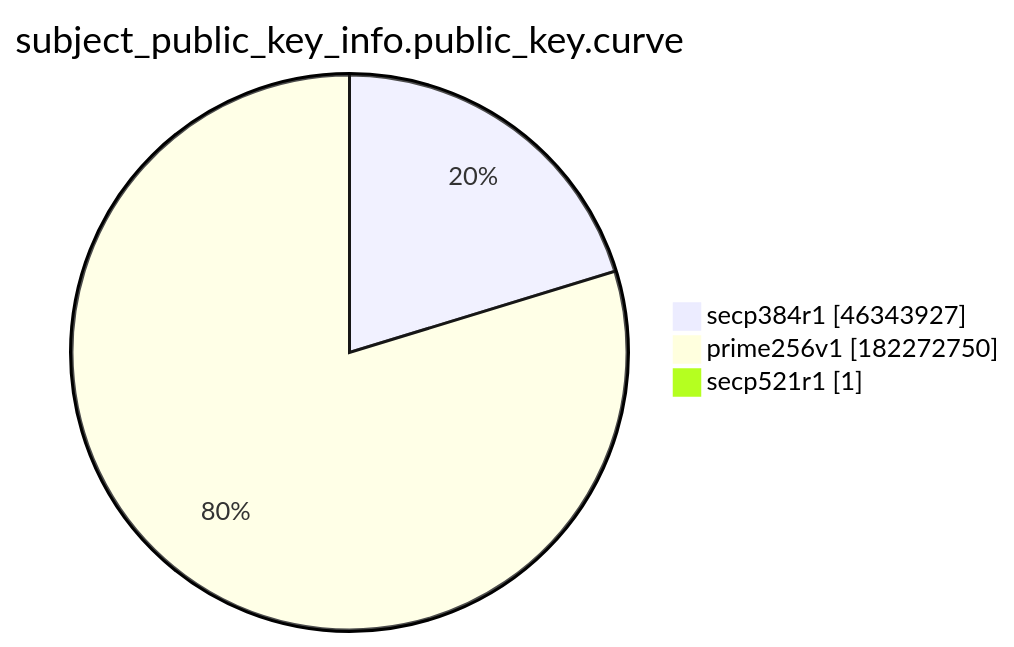
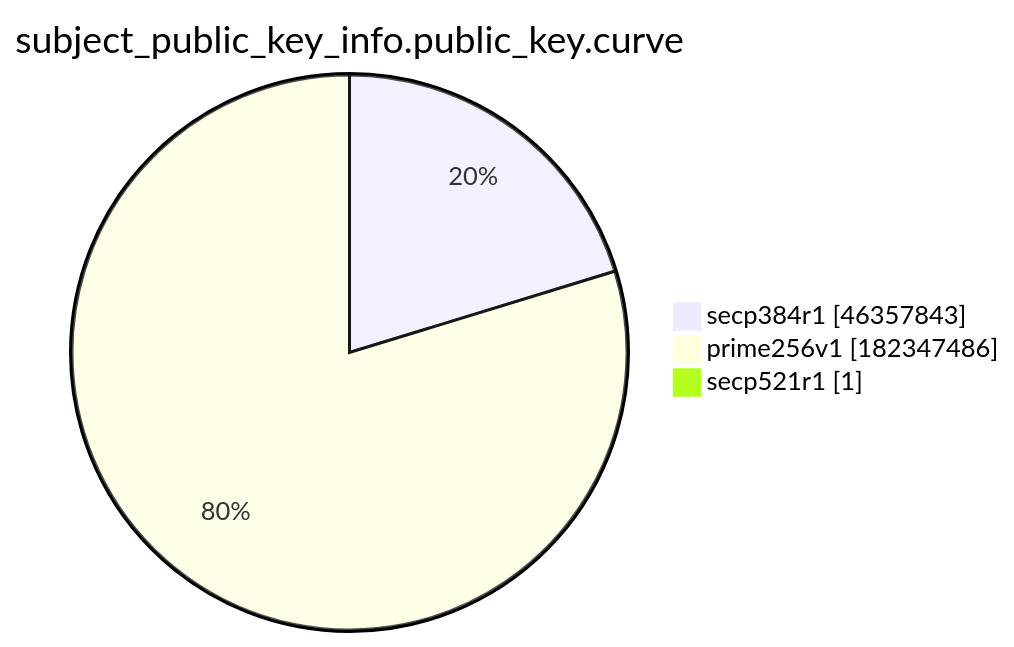
The ninth of 15 diagrams in xenon2022/README.md (christiankrug/ctmonitor_visualization), drawn with Mermaid before and after one commit. The commit also changed other lines of this file, not shown here.

````diff
--- a/xenon2022/README.md
+++ b/xenon2022/README.md
@@ -2874,7 +2874,7 @@
 ```mermaid
 pie showData
 title subject_public_key_info.public_key.curve
-"secp384r1" :46343927
-"prime256v1" :182272750
+"secp384r1" :46357843
+"prime256v1" :182347486
 "secp521r1" :1
 ```
````
